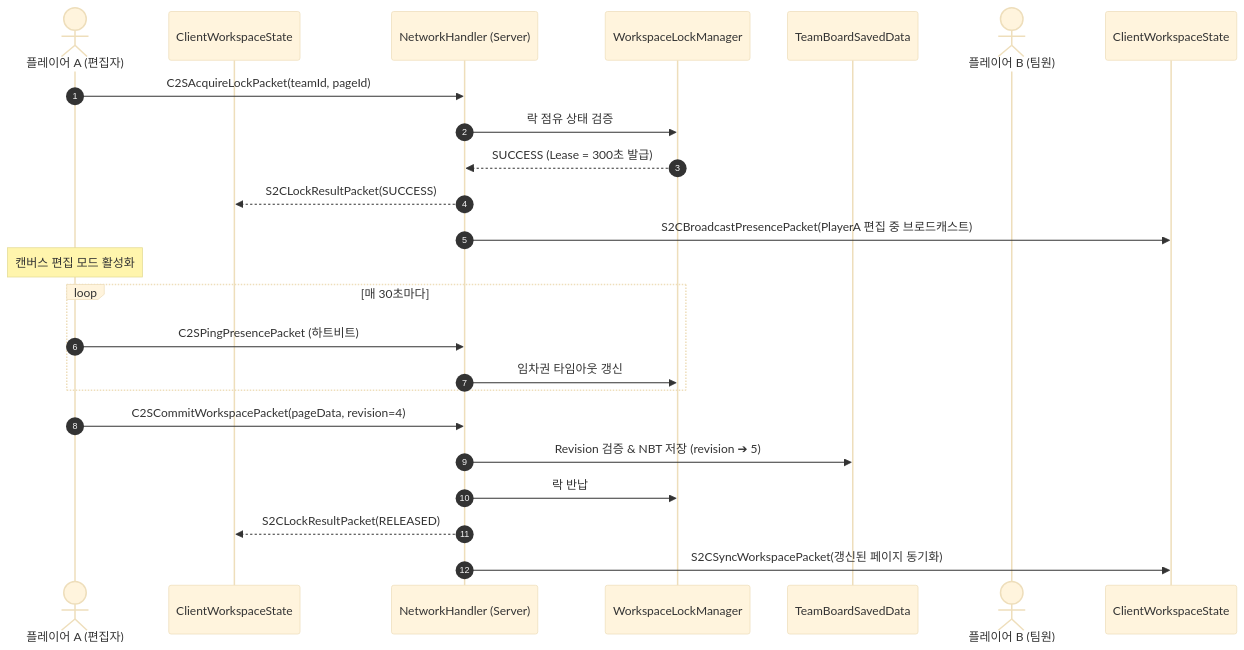
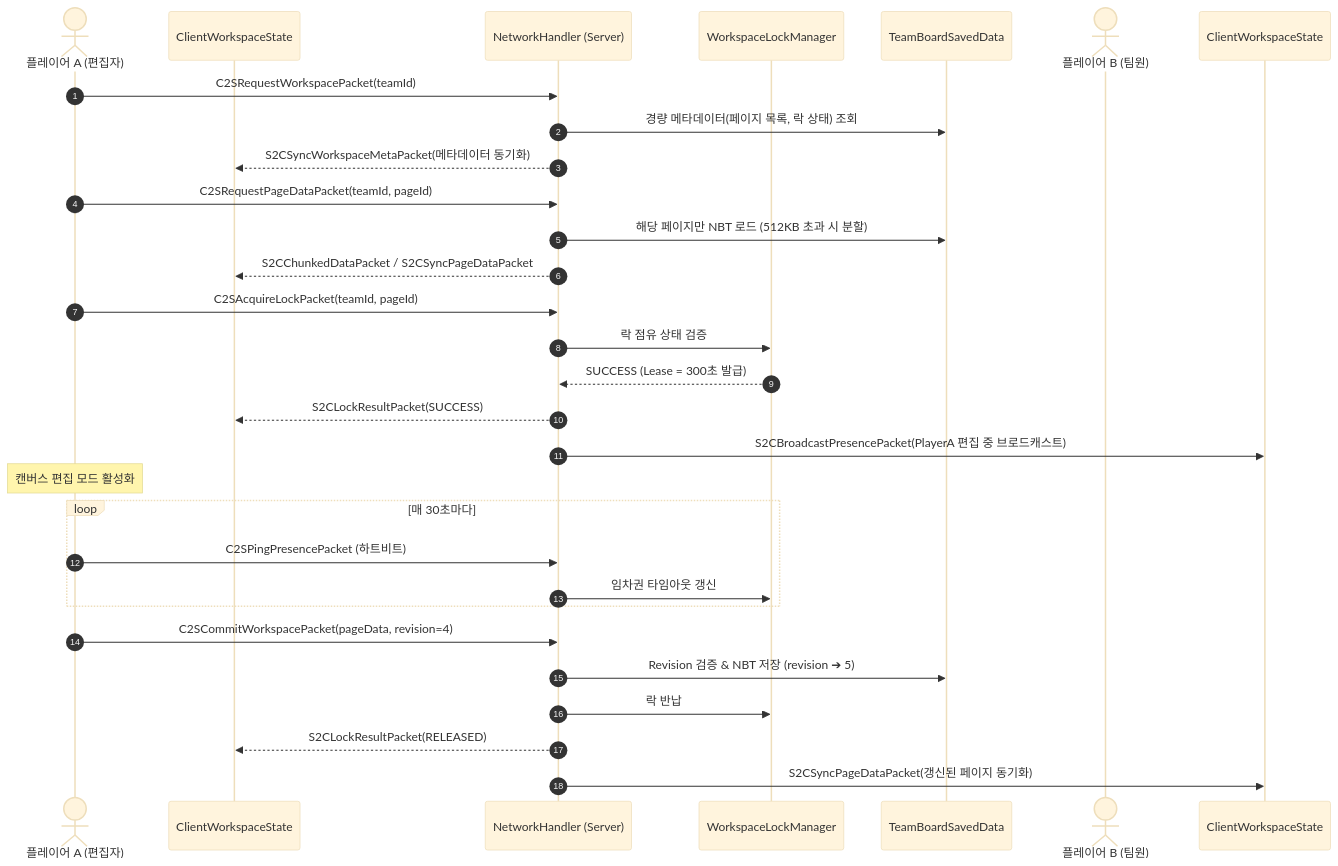
The first of 2 diagrams in docs/ko_kr/spec/04_MULTIPLAYER_AND_NETWORK_PROTOCOL.md (Amvermain/GregTechCalculatorBoard), drawn with Mermaid (base theme) before and after one commit. The commit also changed other lines of this file and 191 other files, not shown here.

````diff
--- a/docs/ko_kr/spec/04_MULTIPLAYER_AND_NETWORK_PROTOCOL.md
+++ b/docs/ko_kr/spec/04_MULTIPLAYER_AND_NETWORK_PROTOCOL.md
@@ -12,30 +12,38 @@
 ```mermaid
 sequenceDiagram
     autonumber
     actor PlayerA as 플레이어 A (편집자)
     participant ClientA as ClientWorkspaceState
     participant ServerNet as NetworkHandler (Server)
     participant LockMgr as WorkspaceLockManager
     participant Storage as TeamBoardSavedData
     actor PlayerB as 플레이어 B (팀원)
     participant ClientB as ClientWorkspaceState
 
+    PlayerA->>ServerNet: C2SRequestWorkspacePacket(teamId)
+    ServerNet->>Storage: 경량 메타데이터(페이지 목록, 락 상태) 조회
+    ServerNet-->>ClientA: S2CSyncWorkspaceMetaPacket(메타데이터 동기화)
+    
+    PlayerA->>ServerNet: C2SRequestPageDataPacket(teamId, pageId)
+    ServerNet->>Storage: 해당 페이지만 NBT 로드 (512KB 초과 시 분할)
+    ServerNet-->>ClientA: S2CChunkedDataPacket / S2CSyncPageDataPacket
+    
     PlayerA->>ServerNet: C2SAcquireLockPacket(teamId, pageId)
     ServerNet->>LockMgr: 락 점유 상태 검증
     LockMgr-->>ServerNet: SUCCESS (Lease = 300초 발급)
     ServerNet-->>ClientA: S2CLockResultPacket(SUCCESS)
     ServerNet->>ClientB: S2CBroadcastPresencePacket(PlayerA 편집 중 브로드캐스트)
     
     Note over PlayerA: 캔버스 편집 모드 활성화
 
     loop 매 30초마다
         PlayerA->>ServerNet: C2SPingPresencePacket (하트비트)
         ServerNet->>LockMgr: 임차권 타임아웃 갱신
     end
 
     PlayerA->>ServerNet: C2SCommitWorkspacePacket(pageData, revision=4)
     ServerNet->>Storage: Revision 검증 & NBT 저장 (revision ➔ 5)
     ServerNet->>LockMgr: 락 반납
     ServerNet-->>ClientA: S2CLockResultPacket(RELEASED)
-    ServerNet->>ClientB: S2CSyncWorkspacePacket(갱신된 페이지 동기화)
+    ServerNet->>ClientB: S2CSyncPageDataPacket(갱신된 페이지 동기화)
 ```
````
